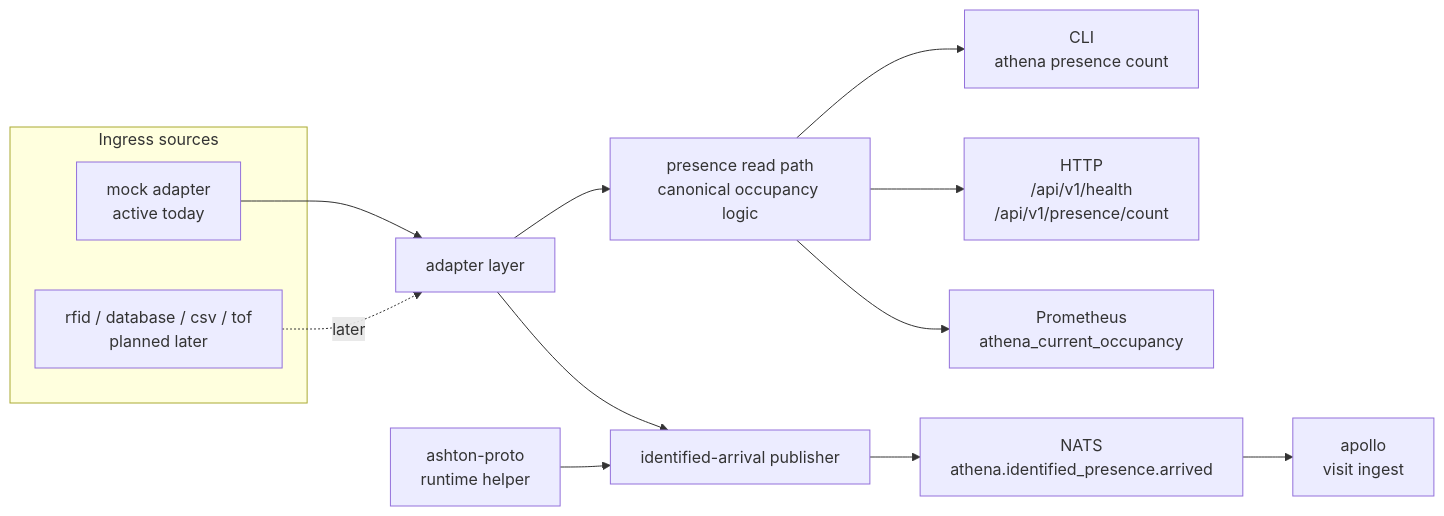
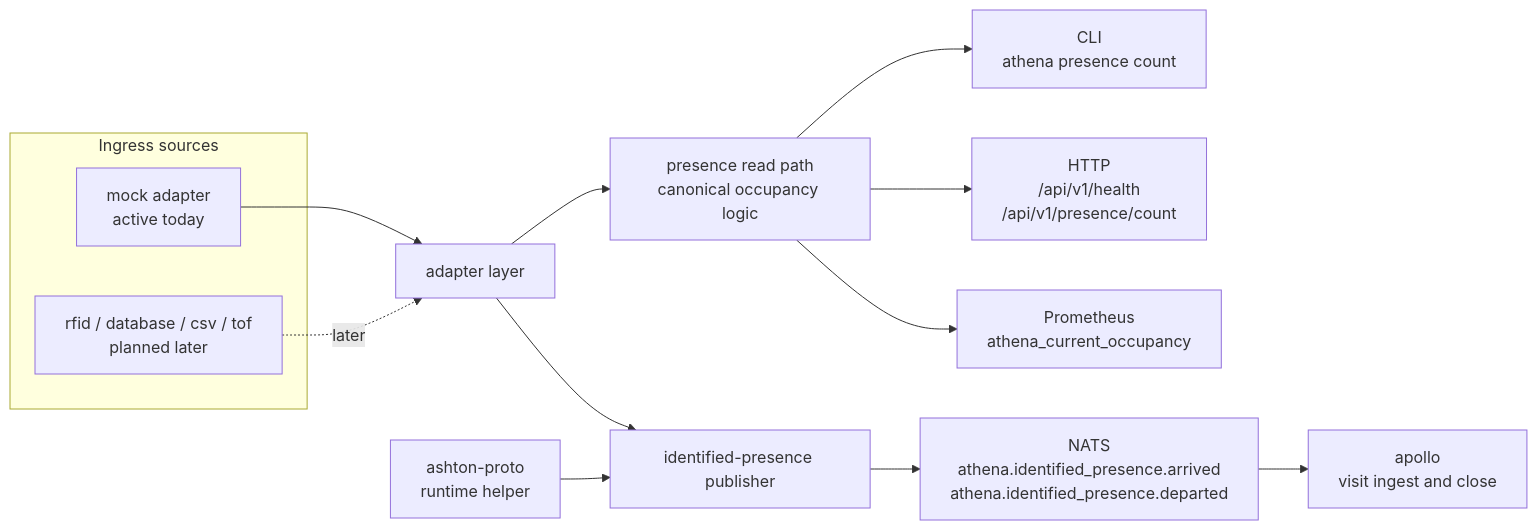
The diagram in docs/diagrams/athena-read-and-publish.mmd (ixxet/athena), drawn with Mermaid before and after one commit. The commit also changed 4 other files, not shown here.

Commit message:
docs: align visit departure publisher docs

```diff
--- a/docs/diagrams/athena-read-and-publish.mmd
+++ b/docs/diagrams/athena-read-and-publish.mmd
@@ -1,25 +1,25 @@
 flowchart LR
   subgraph inputs["Ingress sources"]
     mock["mock adapter<br/>active today"]
     future["rfid / database / csv / tof<br/>planned later"]
   end
 
   adapter["adapter layer"]
   read["presence read path<br/>canonical occupancy logic"]
   cli["CLI<br/>athena presence count"]
   api["HTTP<br/>/api/v1/health<br/>/api/v1/presence/count"]
   metrics["Prometheus<br/>athena_current_occupancy"]
-  publish["identified-arrival publisher"]
+  publish["identified-presence publisher"]
   helper["ashton-proto<br/>runtime helper"]
-  nats["NATS<br/>athena.identified_presence.arrived"]
-  apollo["apollo<br/>visit ingest"]
+  nats["NATS<br/>athena.identified_presence.arrived<br/>athena.identified_presence.departed"]
+  apollo["apollo<br/>visit ingest and close"]
 
   mock --> adapter
   future -. later .-> adapter
   adapter --> read
   read --> cli
   read --> api
   read --> metrics
   adapter --> publish
   helper --> publish
   publish --> nats --> apollo
```
